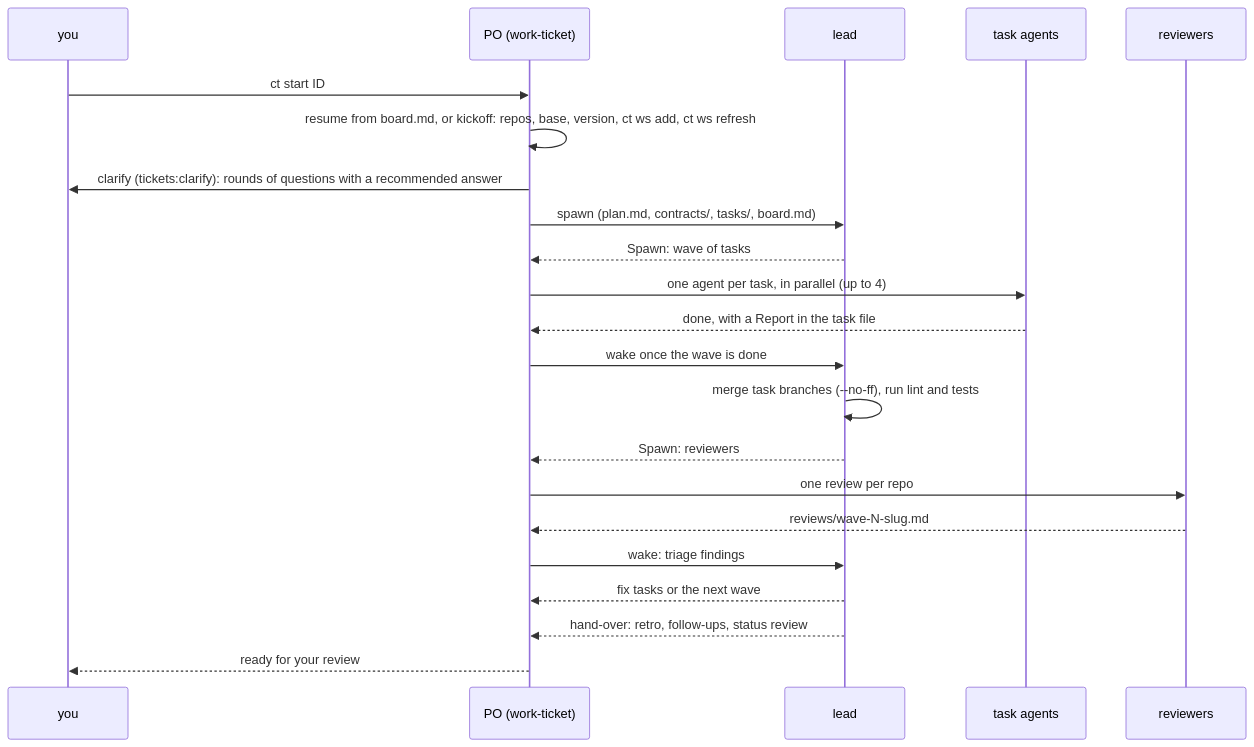
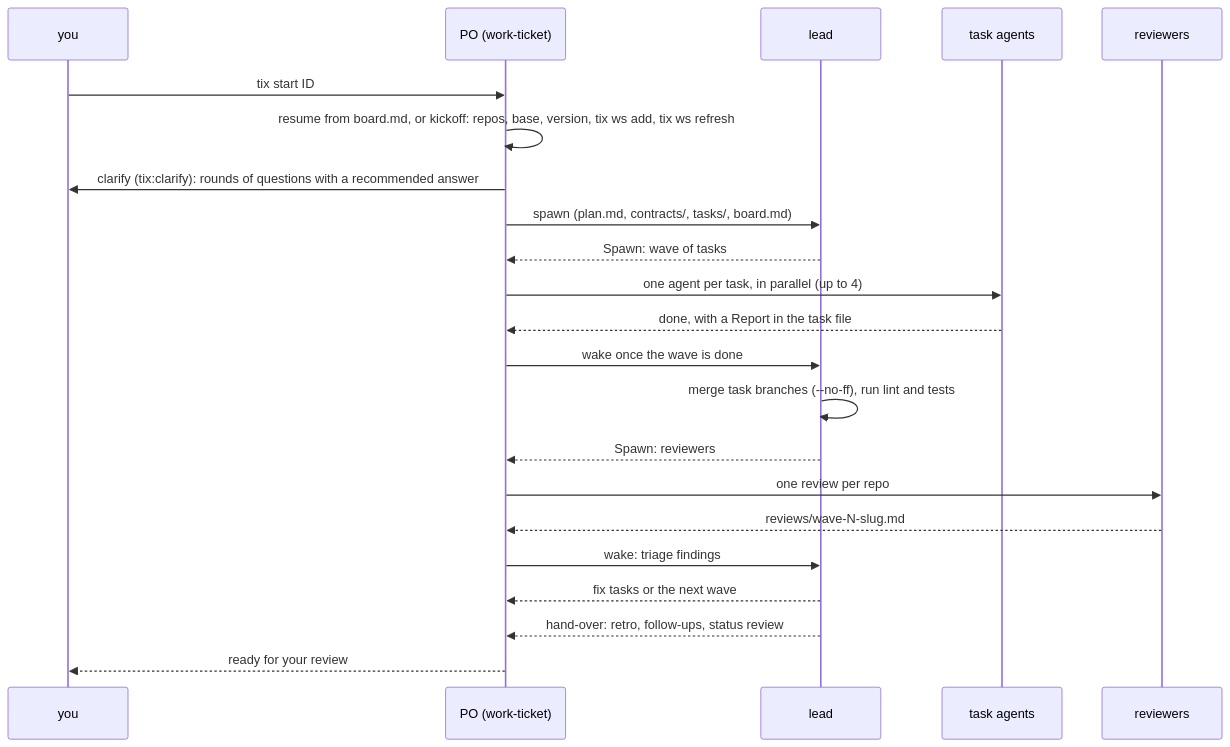
One commit to zero4573/claude-tickets changed the first of 2 diagrams in docs/ticket-workflow.md. Above: the diagram before and after it, drawn with Mermaid. The commit also changed other lines of this file and 361 other files, not shown here.

First line of the commit message:
feat!: rename claude-tickets to tix and run sessions on kiro too

````diff
--- a/docs/ticket-workflow.md
+++ b/docs/ticket-workflow.md
@@ -9,24 +9,24 @@
 ```mermaid
 sequenceDiagram
   participant U as you
   participant P as PO (work-ticket)
   participant L as lead
   participant T as task agents
   participant R as reviewers
-  U->>P: ct start ID
-  P->>P: resume from board.md, or kickoff: repos, base, version, ct ws add, ct ws refresh
-  P->>U: clarify (tickets:clarify): rounds of questions with a recommended answer
+  U->>P: tix start ID
+  P->>P: resume from board.md, or kickoff: repos, base, version, tix ws add, tix ws refresh
+  P->>U: clarify (tix:clarify): rounds of questions with a recommended answer
   P->>L: spawn (plan.md, contracts/, tasks/, board.md)
   L-->>P: Spawn: wave of tasks
   P->>T: one agent per task, in parallel (up to 4)
   T-->>P: done, with a Report in the task file
   P->>L: wake once the wave is done
   L->>L: merge task branches (--no-ff), run lint and tests
   L-->>P: Spawn: reviewers
   P->>R: one review per repo
   R-->>P: reviews/wave-N-slug.md
   P->>L: wake: triage findings
   L-->>P: fix tasks or the next wave
   L-->>P: hand-over: retro, follow-ups, status review
   P-->>U: ready for your review
 ```
````
